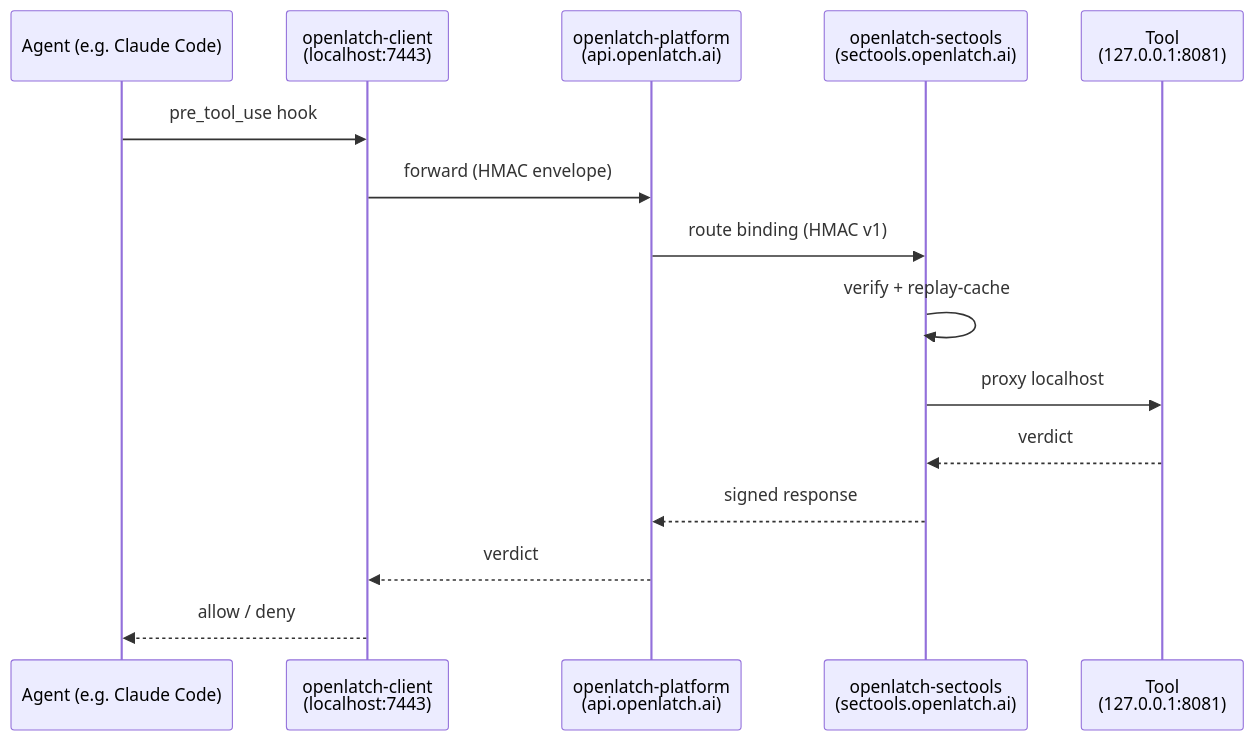
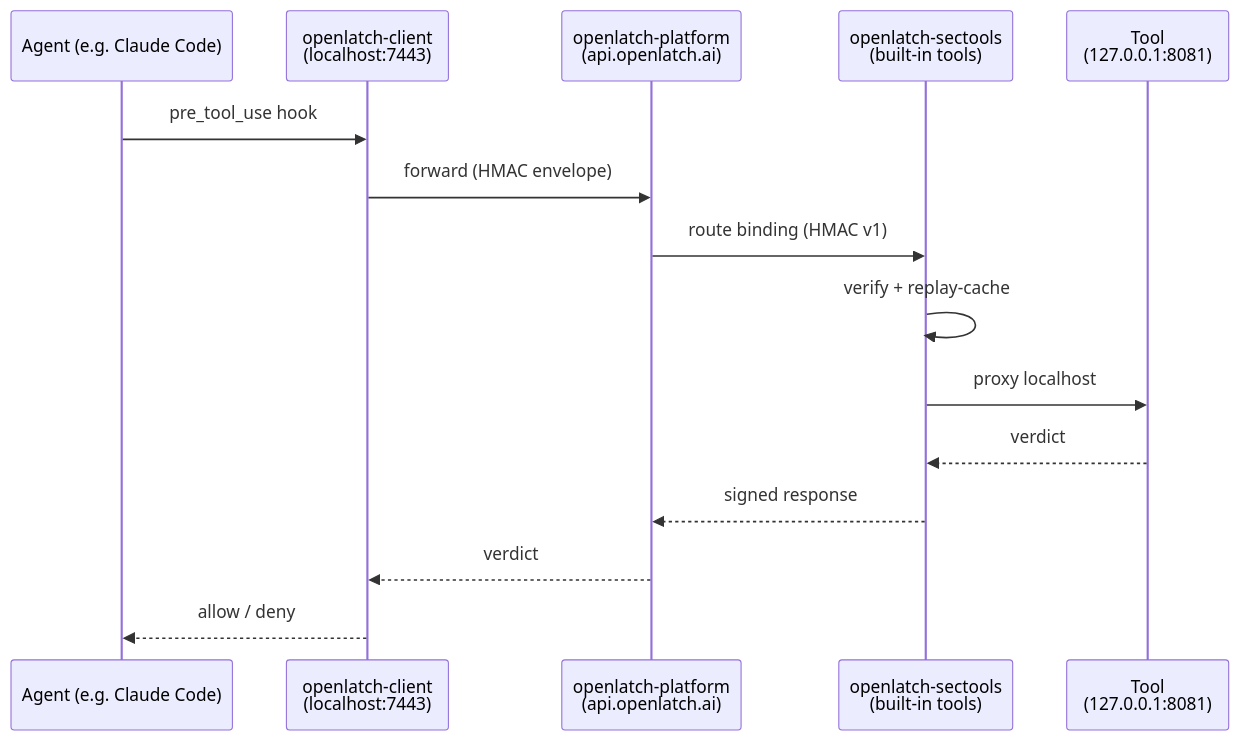
Before and after one commit to OpenLatch/openlatch-sectools: the first of 3 diagrams in README.md, drawn with Mermaid. The commit also changed other lines of this file and 22 other files, not shown here.

````diff
--- a/README.md
+++ b/README.md
@@ -18,17 +15,17 @@
 ```mermaid
 sequenceDiagram
     participant A as Agent (e.g. Claude Code)
     participant C as openlatch-client<br/>(localhost:7443)
     participant P as openlatch-platform<br/>(api.openlatch.ai)
-    participant S as openlatch-sectools<br/>(sectools.openlatch.ai)
+    participant S as openlatch-sectools<br/>(built-in tools)
     participant T as Tool<br/>(127.0.0.1:8081)
     A->>C: pre_tool_use hook
     C->>P: forward (HMAC envelope)
     P->>S: route binding (HMAC v1)
     S->>S: verify + replay-cache
     S->>T: proxy localhost
     T-->>S: verdict
     S-->>P: signed response
     P-->>C: verdict
     C-->>A: allow / deny
 ```
````
